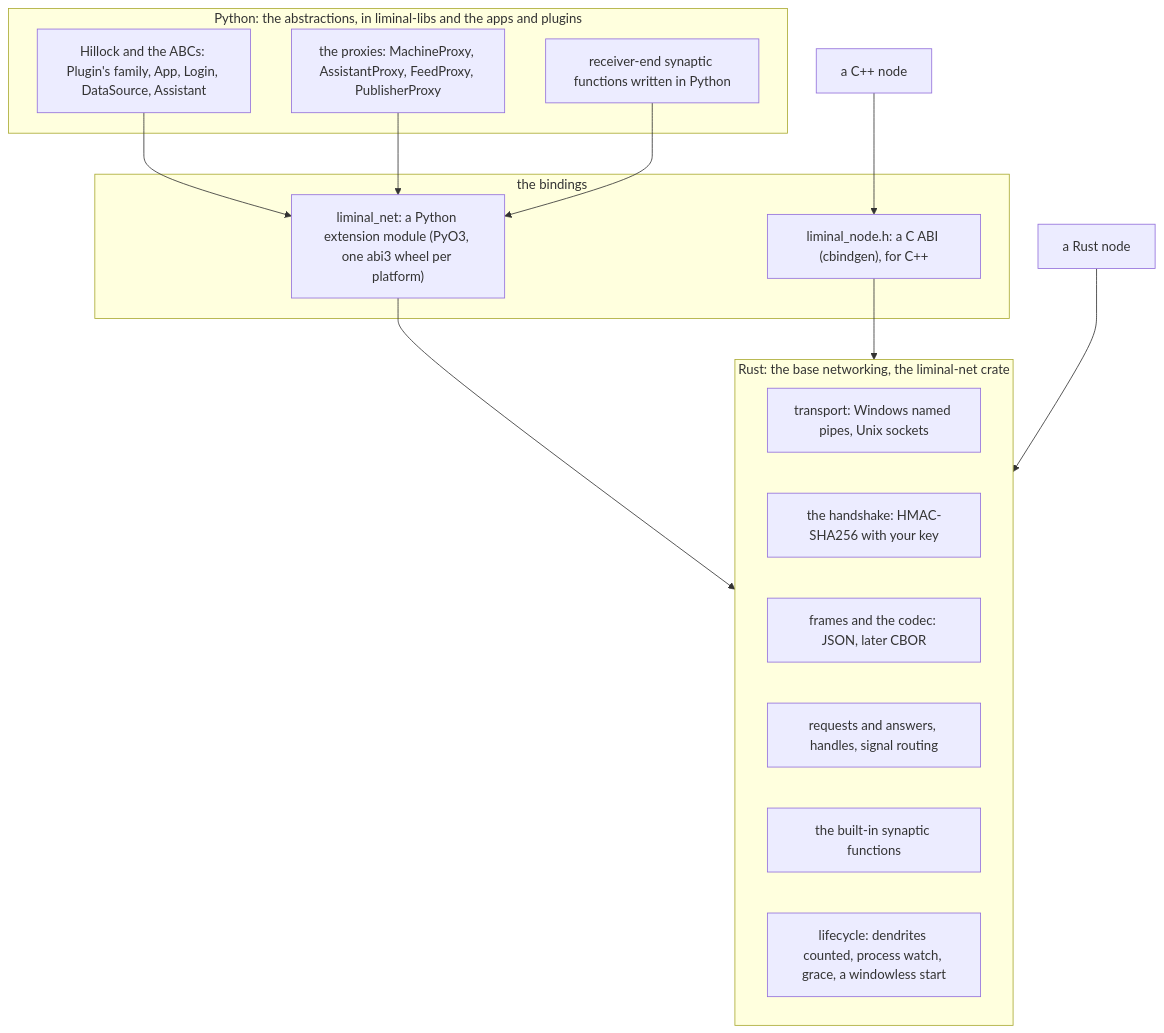
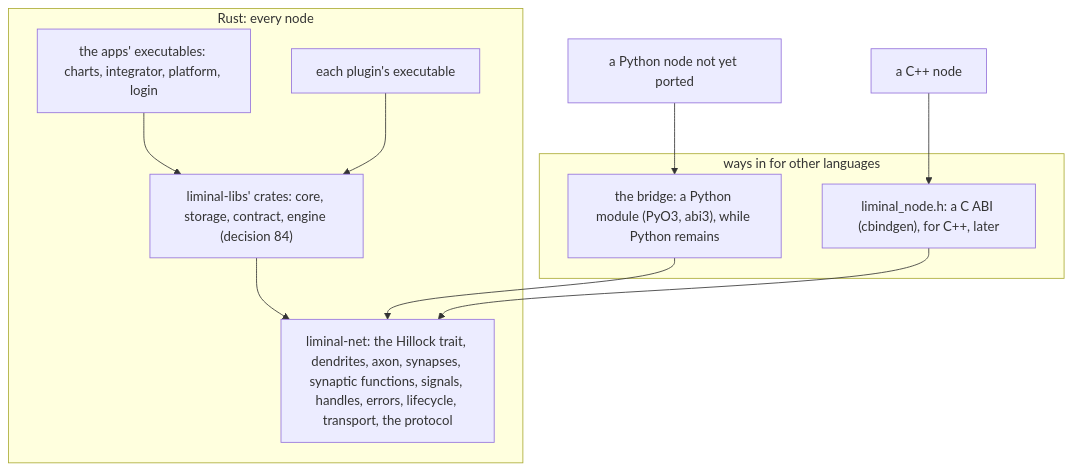
Before and after one commit to pcxmac-dev/liminal-libs: the second of 5 diagrams in docs/NETWORK.md, drawn with Mermaid. The commit also changed other lines of this file, not shown here.

First line of the commit message:
docs/NETWORK.md: revised for a full rewrite in Rust

````diff
--- a/docs/NETWORK.md
+++ b/docs/NETWORK.md
@@ -142,27 +173,20 @@
 ```mermaid
 flowchart TB
-  subgraph py[Python: the abstractions, in liminal-libs and the apps and plugins]
-    H[Hillock and the ABCs: Plugin's family, App, Login, DataSource, Assistant]
-    P[the proxies: MachineProxy, AssistantProxy, FeedProxy, PublisherProxy]
-    F[receiver-end synaptic functions written in Python]
+  subgraph rust[Rust: every node]
+    APPS["the apps' executables: charts, integrator, platform, login"]
+    PLUG["each plugin's executable"]
+    LIBS["liminal-libs' crates: core, storage, contract, engine (decision 84)"]
+    NET["liminal-net: the Hillock trait, dendrites, axon, synapses, synaptic functions, signals, handles, errors, lifecycle, transport, the protocol"]
   end
-  subgraph bind[the bindings]
-    PY["liminal_net: a Python extension module (PyO3, one abi3 wheel per platform)"]
-    C["liminal_node.h: a C ABI (cbindgen), for C++"]
+  subgraph ways[ways in for other languages]
+    BR["the bridge: a Python module (PyO3, abi3), while Python remains"]
+    C["liminal_node.h: a C ABI (cbindgen), for C++, later"]
   end
-  subgraph core[Rust: the base networking, the liminal-net crate]
-    T[transport: Windows named pipes, Unix sockets]
-    HS[the handshake: HMAC-SHA256 with your key]
-    FR[frames and the codec: JSON, later CBOR]
-    R[requests and answers, handles, signal routing]
-    SF[the built-in synaptic functions]
-    L["lifecycle: dendrites counted, process watch, grace, a windowless start"]
-  end
-  H --> PY
-  P --> PY
-  F --> PY
-  PY --> core
-  C --> core
-  RN[a Rust node] --> core
+  APPS --> LIBS
+  PLUG --> LIBS
+  LIBS --> NET
+  BR --> NET
+  C --> NET
+  PYN["a Python node not yet ported"] --> BR
   CN[a C++ node] --> C
 ```
````
